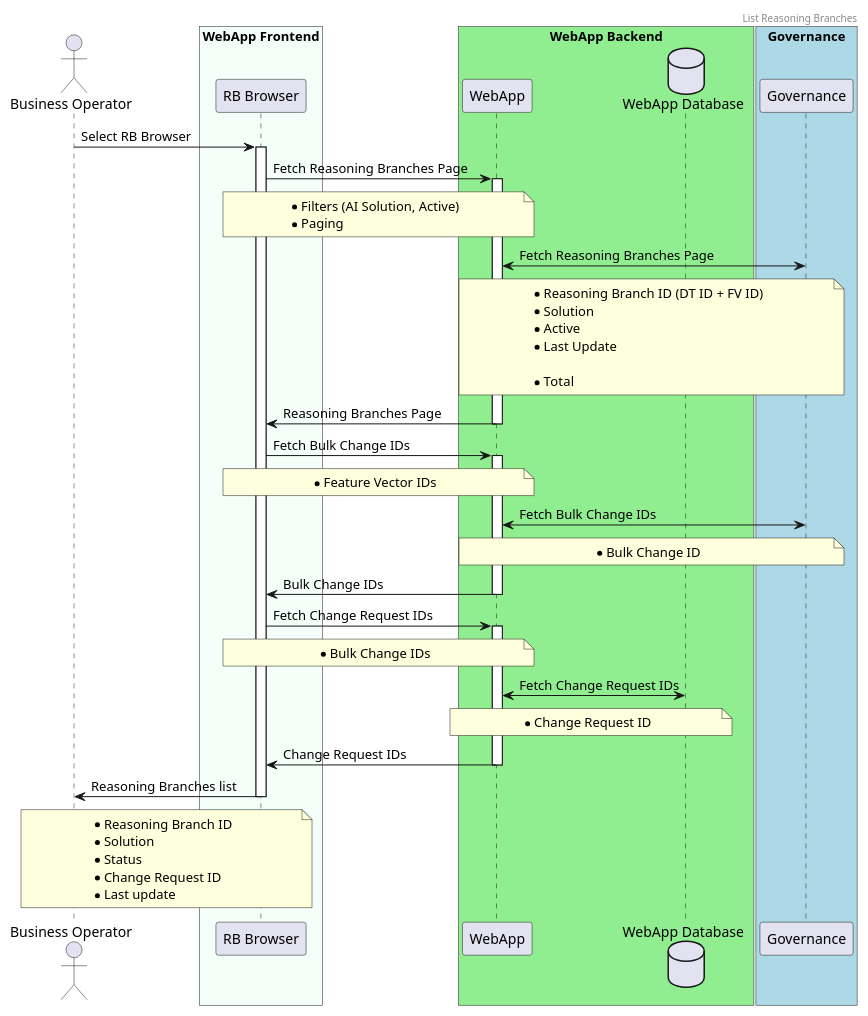
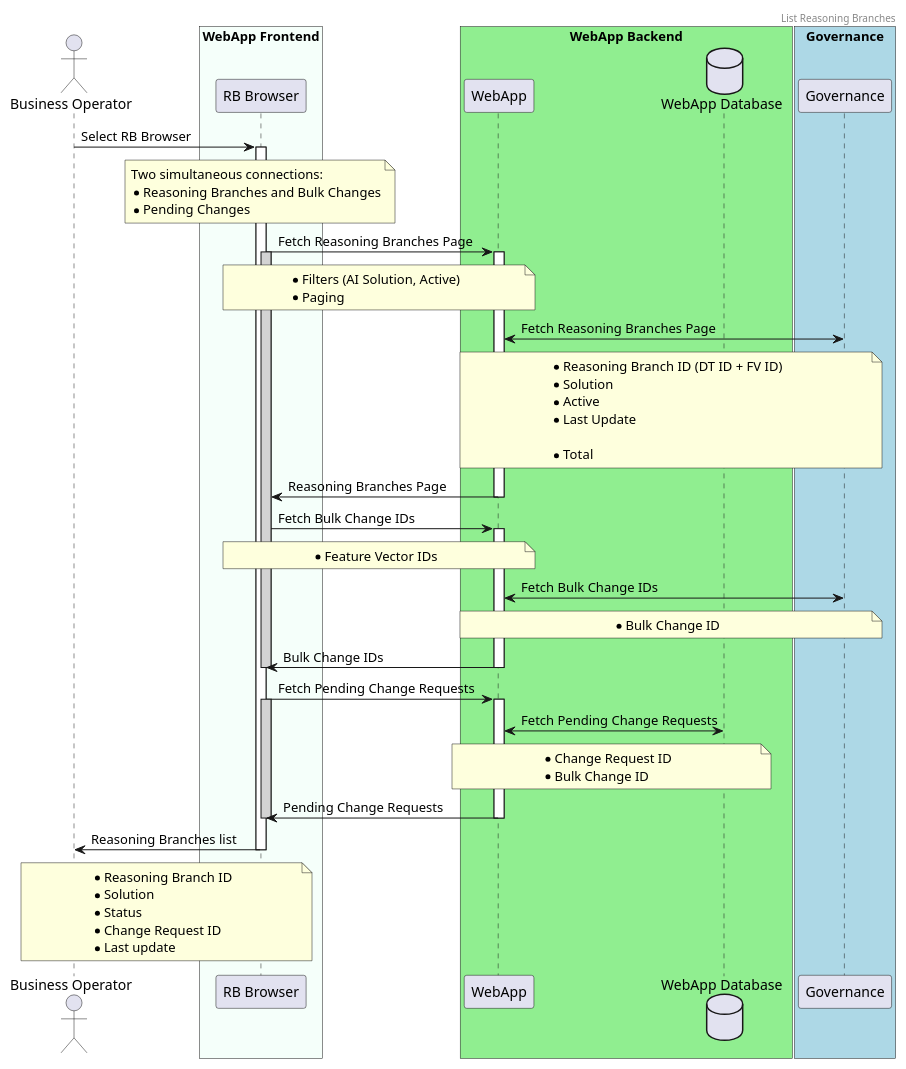
The diagram in modules/webapp/sens-webapp-documentation/src/docs/asciidoc/adrs/diagrams/bo-gets-list-of-reasoning-branches.puml (ngraczykowski/iris-root), drawn with PlantUML before and after one commit.

Commit message:
INTERNAL: Adjust ADR for listing Reasoning Branches (WA-839)
ADR adjustment.

![image](/uploads/d9895905c5f50e6b704efec2385c30ca/image.png)

Closes WA-839

Merged from: https://gitlab.silenteight.com/sens/sens-webapp/-/merge_requests/423

```diff
--- a/modules/webapp/sens-webapp-documentation/src/docs/asciidoc/adrs/diagrams/bo-gets-list-of-reasoning-branches.puml
+++ b/modules/webapp/sens-webapp-documentation/src/docs/asciidoc/adrs/diagrams/bo-gets-list-of-reasoning-branches.puml
@@ -1,80 +1,88 @@
 @startuml
 header List Reasoning Branches
 
 actor BO as "Business Operator"
 
 box "WebApp Frontend" #MintCream
     participant Frontend as "RB Browser"
 end box
 
 box "WebApp Backend" #LightGreen
     participant Backend as "WebApp"
     database WebAppDB as "WebApp Database"
 end box
 
 box "Governance" #LightBlue
     participant G as "Governance"
 end box
 
 BO -> Frontend : Select RB Browser
+
+note over Frontend
+Two simultaneous connections:
+* Reasoning Branches and Bulk Changes
+* Pending Changes
+end note
+
 activate Frontend
-
 Frontend -> Backend : Fetch Reasoning Branches Page
 note over Frontend, Backend
     * Filters (AI Solution, Active)
     * Paging
 end note
 
+activate Frontend #LightGray
 activate Backend
 Backend <-> G : Fetch Reasoning Branches Page
 note over Backend, G
     * Reasoning Branch ID (DT ID + FV ID)
     * Solution
     * Active
     * Last Update
 
     * Total
 end note
 
 Backend -> Frontend : Reasoning Branches Page
 deactivate Backend
 
 Frontend -> Backend : Fetch Bulk Change IDs
 activate Backend
 note over Frontend, Backend
     * Feature Vector IDs
 end note
 
 Backend <-> G : Fetch Bulk Change IDs
 note over Backend, G
     * Bulk Change ID
 end note
 
 Backend -> Frontend : Bulk Change IDs
 deactivate Backend
+deactivate Frontend
 
-Frontend -> Backend : Fetch Change Request IDs
+
+Frontend -> Backend : Fetch Pending Change Requests
 activate Backend
-note over Frontend, Backend
-    * Bulk Change IDs
+activate Frontend#LightGray
+Backend <-> WebAppDB : Fetch Pending Change Requests
+note over Backend, WebAppDB
+    * Change Request ID
+    * Bulk Change ID
 end note
 
-Backend <-> WebAppDB : Fetch Change Request IDs
-note over Backend, WebAppDB
-    * Change Request ID
-end note
-
-Backend -> Frontend : Change Request IDs
+Backend -> Frontend : Pending Change Requests
 deactivate Backend
+deactivate Frontend
 
 Frontend -> BO: Reasoning Branches list
 deactivate Frontend
 note over Frontend, BO
     * Reasoning Branch ID
     * Solution
     * Status
     * Change Request ID
     * Last update
 end note
 
 @enduml
```
